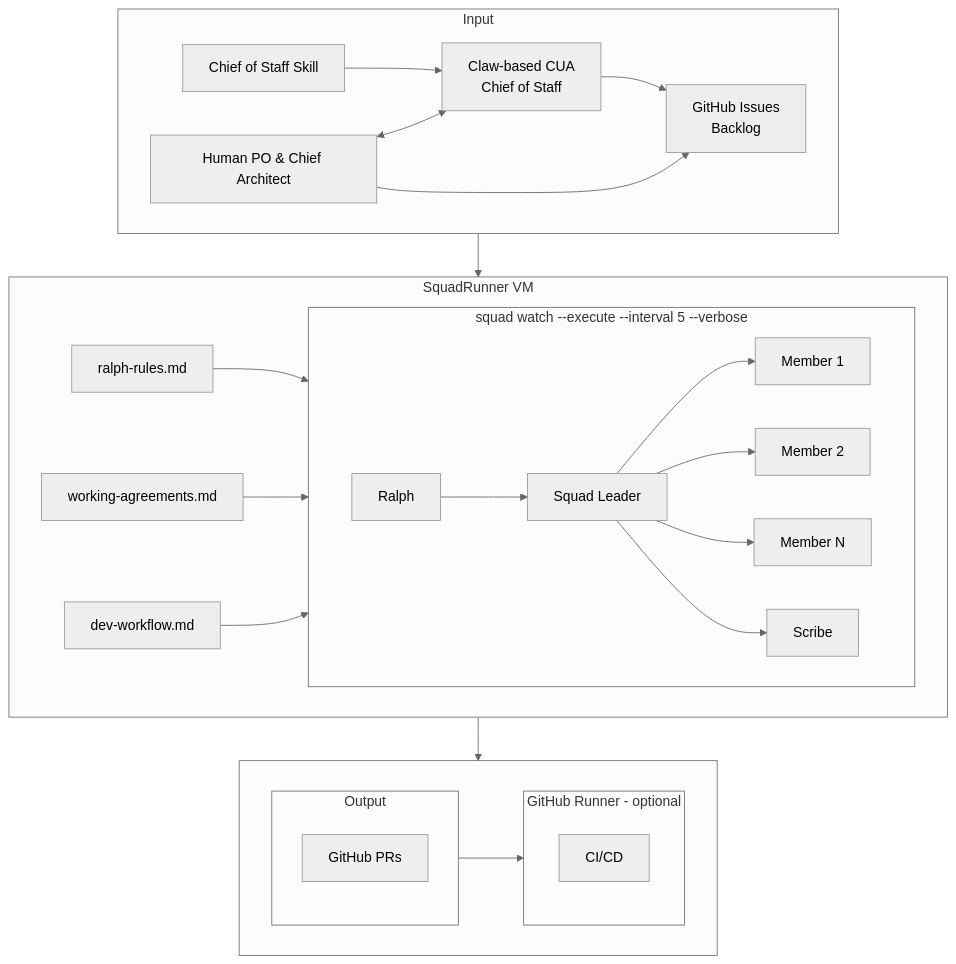
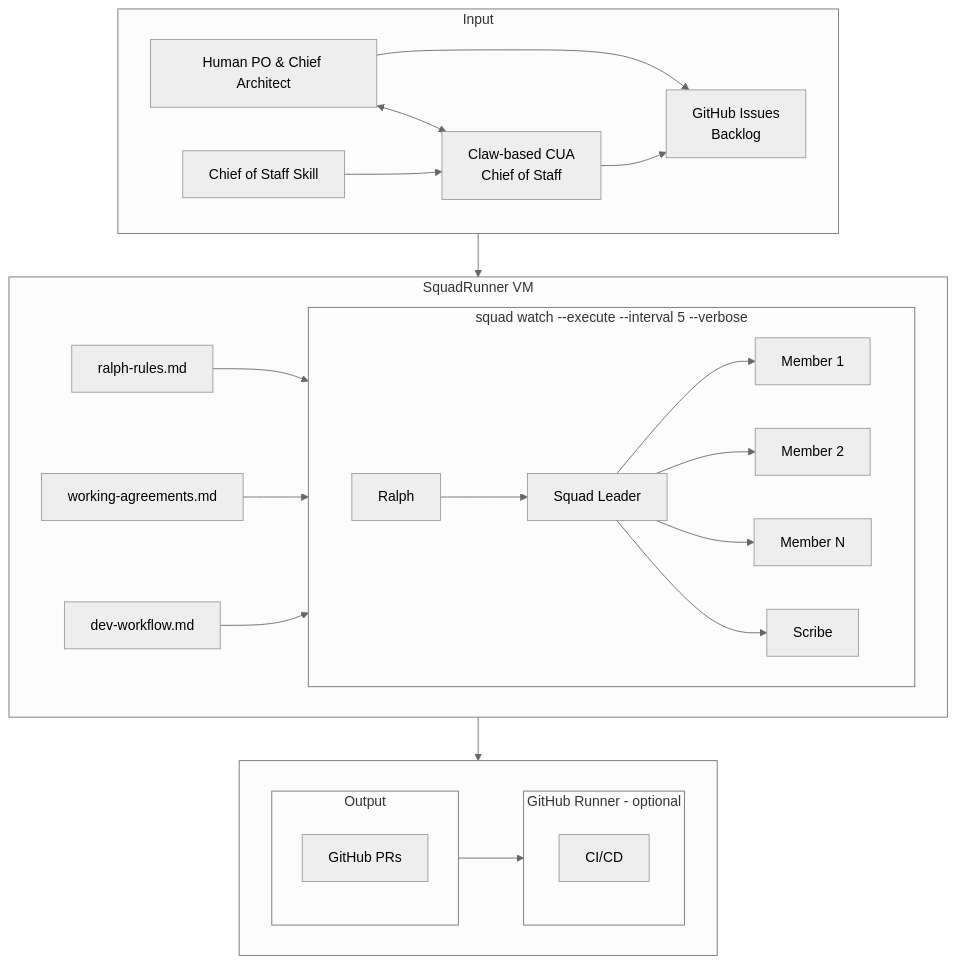
Before and after one commit to TheeUnderdog/SquadRunner: the diagram in README.md, drawn with Mermaid (neutral theme). The commit also changed other lines of this file, not shown here.

Commit message:
Improve diagram layout
- Human PO above CUA (vertical)
- Skill to left of CUA
- GitHub to right, fed by both

````diff
--- a/README.md
+++ b/README.md
@@ -9,38 +9,43 @@
 ```mermaid
 flowchart TD
     subgraph Input
-        COS[Chief of Staff Skill] --> CUA
-        H[Human PO & Chief Architect] <--> CUA[Claw-based CUA<br/>Chief of Staff]
-        H --> GH[GitHub Issues<br/>Backlog]
+        H[Human PO & Chief Architect]
+        COS[Chief of Staff Skill]
+        CUA[Claw-based CUA<br/>Chief of Staff]
+        GH[GitHub Issues<br/>Backlog]
+        
+        H <--> CUA
+        COS --> CUA
+        H --> GH
         CUA --> GH
     end
     
     Input --> VM
     
     subgraph VM[SquadRunner VM]
         RR[ralph-rules.md] --> SW
         WA[working-agreements.md] --> SW
         DW[dev-workflow.md] --> SW
         subgraph SW[squad watch --execute --interval 5 --verbose]
             direction LR
             R[Ralph] --> SL[Squad Leader]
             SL --> M1[Member 1]
             SL --> M2[Member 2]
             SL --> MN[Member N]
             SL --> SC[Scribe]
         end
     end
     
     VM --> Bottom
     
     subgraph Bottom[ ]
         direction LR
         subgraph Output
             PR[GitHub PRs]
         end
         Output --> Runner
         subgraph Runner[GitHub Runner - optional]
             CI[CI/CD]
         end
     end
 ```
````
